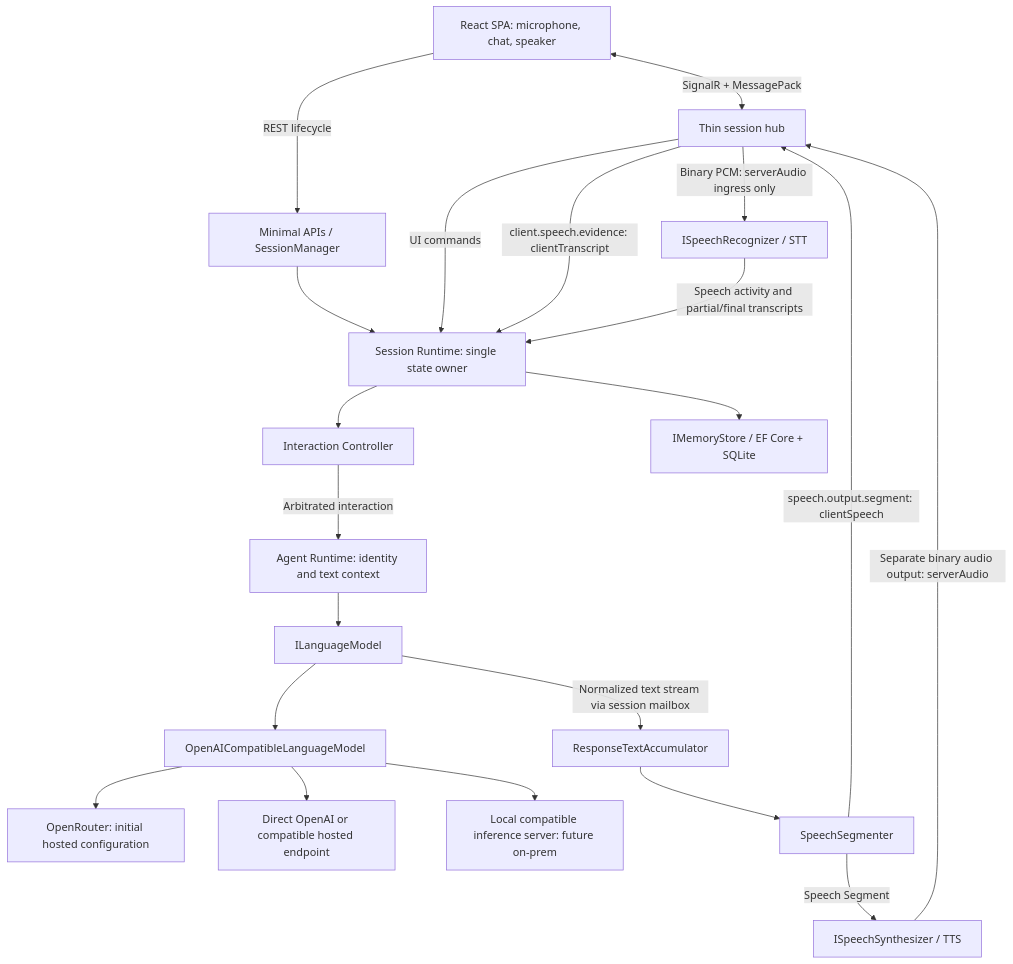
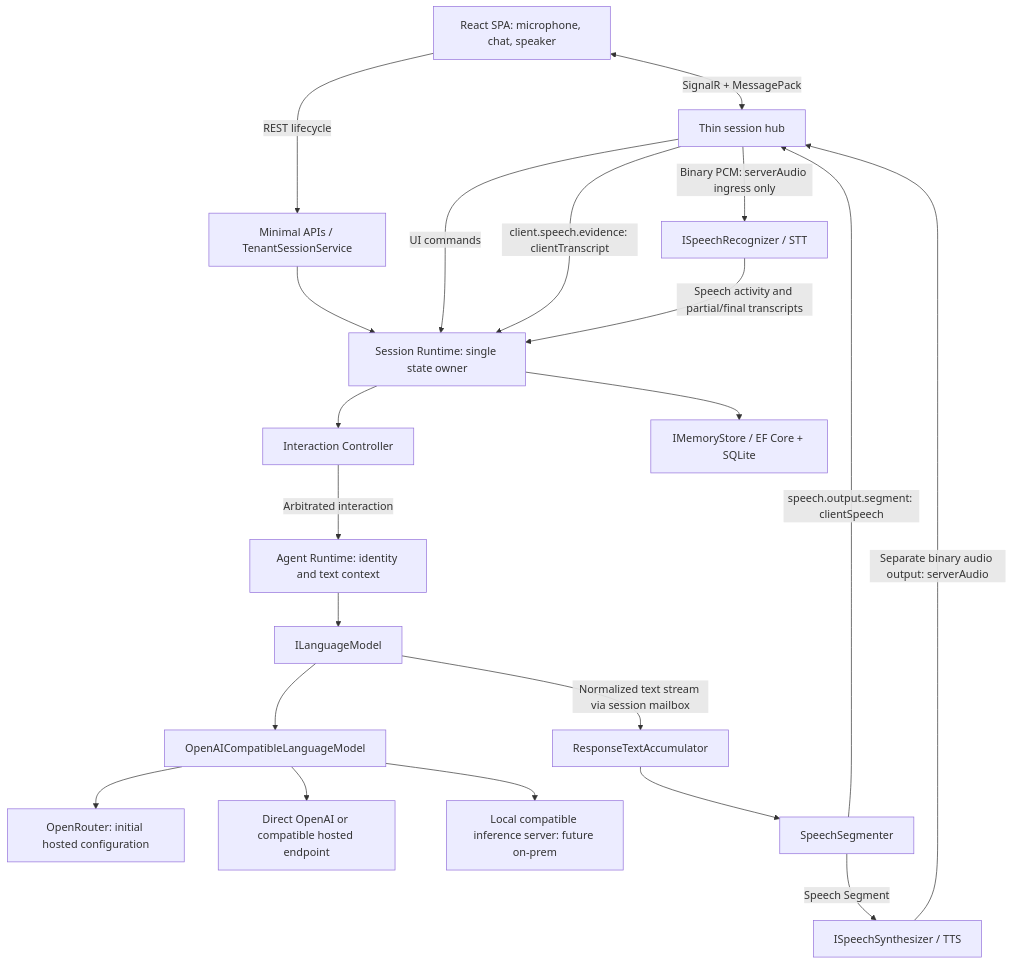
The first of 2 diagrams in docs/03-system-architecture.md (trannamtrung1st/agent-core), drawn with Mermaid before and after one commit. The commit also changed other lines of this file and 54 other files, not shown here.

````diff
--- a/docs/03-system-architecture.md
+++ b/docs/03-system-architecture.md
@@ -421,23 +421,23 @@
 ```mermaid
 flowchart TD
     Browser[React SPA: microphone, chat, speaker] <-->|SignalR + MessagePack| Hub[Thin session hub]
-    Browser -->|REST lifecycle| Api[Minimal APIs / SessionManager]
+    Browser -->|REST lifecycle| Api[Minimal APIs / TenantSessionService]
     Api --> Session[Session Runtime: single state owner]
     Hub -->|UI commands| Session
     Hub -->|Binary PCM: serverAudio ingress only| STT[ISpeechRecognizer / STT]
     Hub -->|client.speech.evidence: clientTranscript| Session
     STT -->|Speech activity and partial/final transcripts| Session
     Session --> Controller[Interaction Controller]
     Controller -->|Arbitrated interaction| Agent[Agent Runtime: identity and text context]
     Agent --> LLM[ILanguageModel]
     LLM --> Adapter[OpenAICompatibleLanguageModel]
     Adapter --> OR[OpenRouter: initial hosted configuration]
     Adapter --> Direct[Direct OpenAI or compatible hosted endpoint]
     Adapter --> Local[Local compatible inference server: future on-prem]
     LLM -->|Normalized text stream via session mailbox| Acc[ResponseTextAccumulator]
     Acc --> Segmenter[SpeechSegmenter]
     Segmenter -->|Speech Segment| TTS[ISpeechSynthesizer / TTS]
     Segmenter -->|speech.output.segment: clientSpeech| Hub
     TTS -->|Separate binary audio output: serverAudio| Hub
     Session --> Store[IMemoryStore / EF Core + SQLite]
 ```
````
